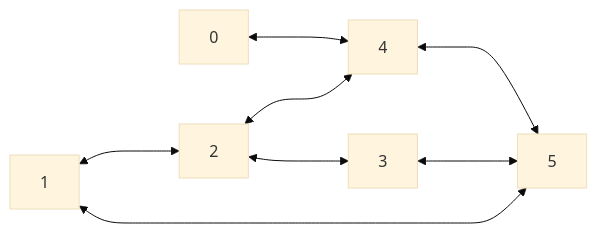
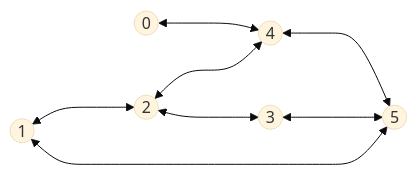
The first of 2 diagrams in terminale/Structures_de_données/Structures_relationnelles_de_données/Graphes.md (boddaert/nsi), drawn with Mermaid (base theme) before and after one commit. The commit also changed other lines of this file, not shown here.

````diff
--- a/terminale/Structures_de_données/Structures_relationnelles_de_données/Graphes.md
+++ b/terminale/Structures_de_données/Structures_relationnelles_de_données/Graphes.md
@@ -73,10 +73,10 @@
 ```mermaid
     flowchart LR
-        0 <---> 4
-        1 <---> 2
-        1 <---> 5
-        2 <---> 4
-        2 <---> 3
-        3 <---> 5
-        4 <---> 5
+        id0((0)) <---> id4((4))
+        id1((1)) <---> id2((2))
+        id1((1)) <---> id5((5))
+        id2((2)) <---> id4((4))
+        id2((2)) <---> id3((3))
+        id3((3)) <---> id5((5))
+        id4((4)) <---> id5((5))
 ```
````
